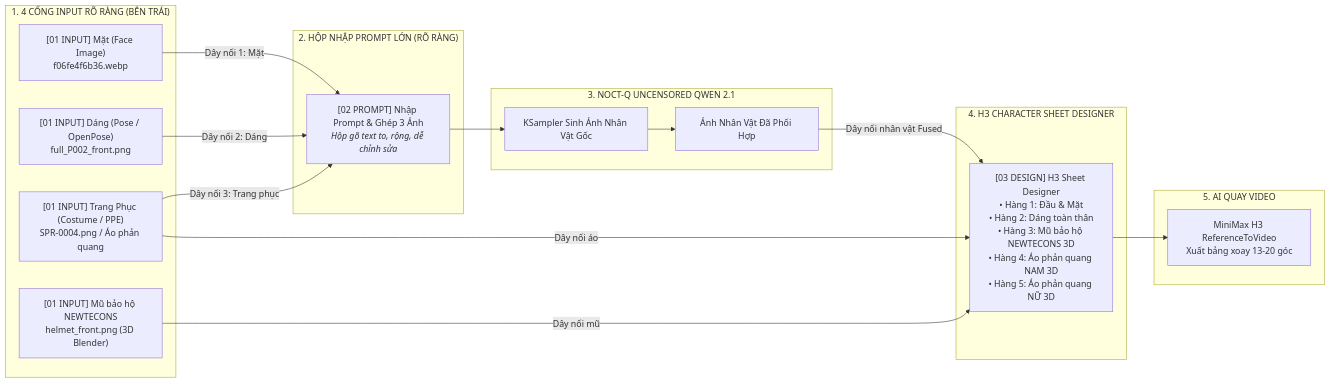
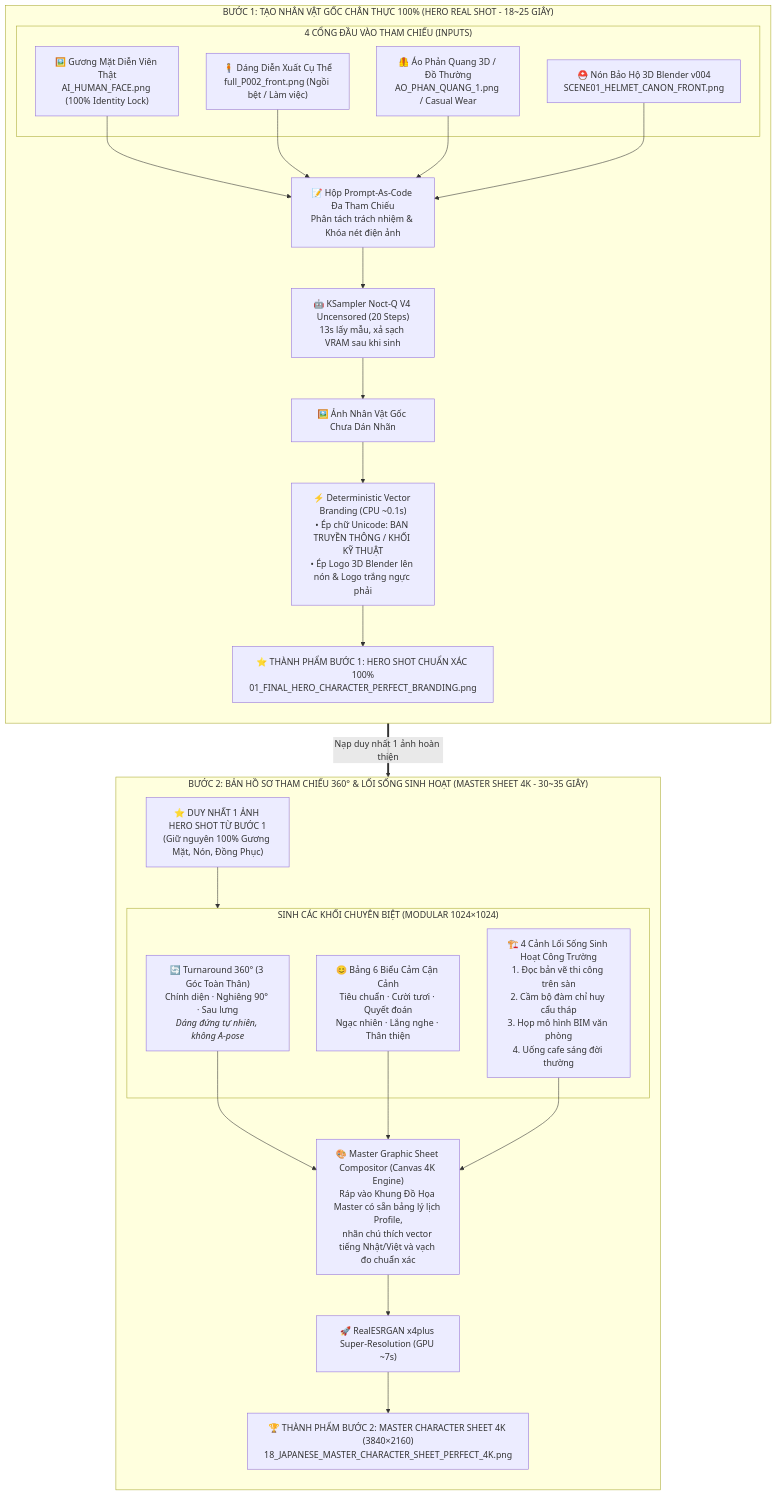
One commit to Long0308/ComfyUIStudio changed the first of 2 diagrams in README.md. Above: the diagram before and after it, drawn with Mermaid. The commit also changed other lines of this file and 1 other file, not shown here.

Commit message:
docs: update architecture diagrams and sync nhan-vat-ai-newtecons skill
- Update Mermaid flowchart to reflect complete 2-step film pipeline with vector branding and 4K graphic compositor
- Document architectural distinction between Step 1 (Narrative Action Pose) and Step 2 (Turnaround & Lifestyle Suite)
- Sync nhan-vat-ai-newtecons skill with 3D Blender assets and 1-click pipeline runner

````diff
--- a/README.md
+++ b/README.md
@@ -148,36 +148,40 @@
 ```mermaid
-flowchart LR
-    subgraph IN ["1. 4 CỔNG INPUT RÕ RÀNG (BÊN TRÁI)"]
-        A["[01 INPUT] Mặt (Face Image)<br>f06fe4f6b36.webp"]
-        B["[01 INPUT] Dáng (Pose / OpenPose)<br>full_P002_front.png"]
-        C["[01 INPUT] Trang Phục (Costume / PPE)<br>SPR-0004.png / Áo phản quang"]
-        D["[01 INPUT] Mũ bảo hộ NEWTECONS<br>helmet_front.png (3D Blender)"]
+flowchart TD
+    subgraph S1 ["BƯỚC 1: TẠO NHÂN VẬT GỐC CHÂN THỰC 100% (HERO REAL SHOT - 18~25 GIÂY)"]
+        direction TB
+        subgraph S1_IN ["4 CỔNG ĐẦU VÀO THAM CHIẾU (INPUTS)"]
+            F1["🖼️ Gương Mặt Diễn Viên Thật<br>AI_HUMAN_FACE.png (100% Identity Lock)"]
+            P1["🧍 Dáng Diễn Xuất Cụ Thể<br>full_P002_front.png (Ngồi bệt / Làm việc)"]
+            C1["🦺 Áo Phản Quang 3D / Đồ Thường<br>AO_PHAN_QUANG_1.png / Casual Wear"]
+            H1["⛑️ Nón Bảo Hộ 3D Blender v004<br>SCENE01_HELMET_CANON_FRONT.png"]
+        end
+        PAC["📝 Hộp Prompt-As-Code Đa Tham Chiếu<br>Phân tách trách nhiệm & Khóa nét điện ảnh"]
+        NOCT["🤖 KSampler Noct-Q V4 Uncensored (20 Steps)<br>13s lấy mẫu, xả sạch VRAM sau khi sinh"]
+        HERO_RAW["🖼️ Ảnh Nhân Vật Gốc Chưa Dán Nhãn"]
+        COMP["⚡ Deterministic Vector Branding (CPU ~0.1s)<br>• Ép chữ Unicode: BAN TRUYỀN THÔNG / KHỐI KỸ THUẬT<br>• Ép Logo 3D Blender lên nón & Logo trắng ngực phải"]
+        HERO_PERFECT["⭐ THÀNH PHẨM BƯỚC 1: HERO SHOT CHUẨN XÁC 100%<br>01_FINAL_HERO_CHARACTER_PERFECT_BRANDING.png"]
+
+        F1 & P1 & C1 & H1 --> PAC
+        PAC --> NOCT --> HERO_RAW --> COMP --> HERO_PERFECT
     end
 
-    subgraph PROMPT_BOX ["2. HỘP NHẬP PROMPT LỚN (RÕ RÀNG)"]
-        P["[02 PROMPT] Nhập Prompt & Ghép 3 Ảnh<br><i>Hộp gõ text to, rộng, dễ chỉnh sửa</i>"]
+    subgraph S2 ["BƯỚC 2: BẢN HỒ SƠ THAM CHIẾU 360° & LỐI SỐNG SINH HOẠT (MASTER SHEET 4K - 30~35 GIÂY)"]
+        direction TB
+        IN2["⭐ DUY NHẤT 1 ẢNH HERO SHOT TỪ BƯỚC 1<br>(Giữ nguyên 100% Gương Mặt, Nón, Đồng Phục)"]
+        
+        subgraph MODULES ["SINH CÁC KHỐI CHUYÊN BIỆT (MODULAR 1024×1024)"]
+            T360["🔄 Turnaround 360° (3 Góc Toàn Thân)<br>Chính diện · Nghiêng 90° · Sau lưng<br><i>Dáng đứng tự nhiên, không A-pose</i>"]
+            EXPR["😊 Bảng 6 Biểu Cảm Cận Cảnh<br>Tiêu chuẩn · Cười tươi · Quyết đoán<br>Ngạc nhiên · Lắng nghe · Thân thiện"]
+            LIFE["🏗️ 4 Cảnh Lối Sống Sinh Hoạt Công Trường<br>1. Đọc bản vẽ thi công trên sàn<br>2. Cầm bộ đàm chỉ huy cẩu tháp<br>3. Họp mô hình BIM văn phòng<br>4. Uống cafe sáng đời thường"]
+        end
+
+        GRAPHIC_COMP["🎨 Master Graphic Sheet Compositor (Canvas 4K Engine)<br>Ráp vào Khung Đồ Họa Master có sẵn bảng lý lịch Profile,<br>nhãn chú thích vector tiếng Nhật/Việt và vạch đo chuẩn xác"]
+        UPSCALE["🚀 RealESRGAN x4plus Super-Resolution (GPU ~7s)"]
+        MASTER_4K["🏆 THÀNH PHẨM BƯỚC 2: MASTER CHARACTER SHEET 4K (3840×2160)<br>18_JAPANESE_MASTER_CHARACTER_SHEET_PERFECT_4K.png"]
+
+        IN2 --> MODULES
+        T360 & EXPR & LIFE --> GRAPHIC_COMP --> UPSCALE --> MASTER_4K
     end
 
-    subgraph GEN ["3. NOCT-Q UNCENSORED QWEN 2.1"]
-        K["KSampler Sinh Ảnh Nhân Vật Gốc"]
-        V["Ảnh Nhân Vật Đã Phối Hợp"]
-    end
-
-    subgraph SHEET ["4. H3 CHARACTER SHEET DESIGNER"]
-        H3D["[03 DESIGN] H3 Sheet Designer<br>• Hàng 1: Đầu & Mặt<br>• Hàng 2: Dáng toàn thân<br>• Hàng 3: Mũ bảo hộ NEWTECONS 3D<br>• Hàng 4: Áo phản quang NAM 3D<br>• Hàng 5: Áo phản quang NỮ 3D"]
-    end
-
-    subgraph VIDEO ["5. AI QUAY VIDEO"]
-        H3V["MiniMax H3 ReferenceToVideo<br>Xuất bảng xoay 13-20 góc"]
-    end
-
-    A -->|Dây nối 1: Mặt| P
-    B -->|Dây nối 2: Dáng| P
-    C -->|Dây nối 3: Trang phục| P
-    P --> K
-    K --> V
-    V -->|Dây nối nhân vật Fused| H3D
-    C -->|Dây nối áo| H3D
-    D -->|Dây nối mũ| H3D
-    H3D --> H3V
+    HERO_PERFECT ==>|Nạp duy nhất 1 ảnh hoàn thiện| IN2
 ```
````
